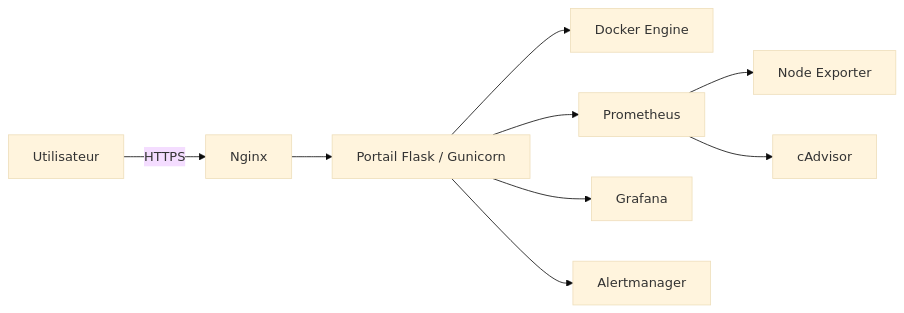
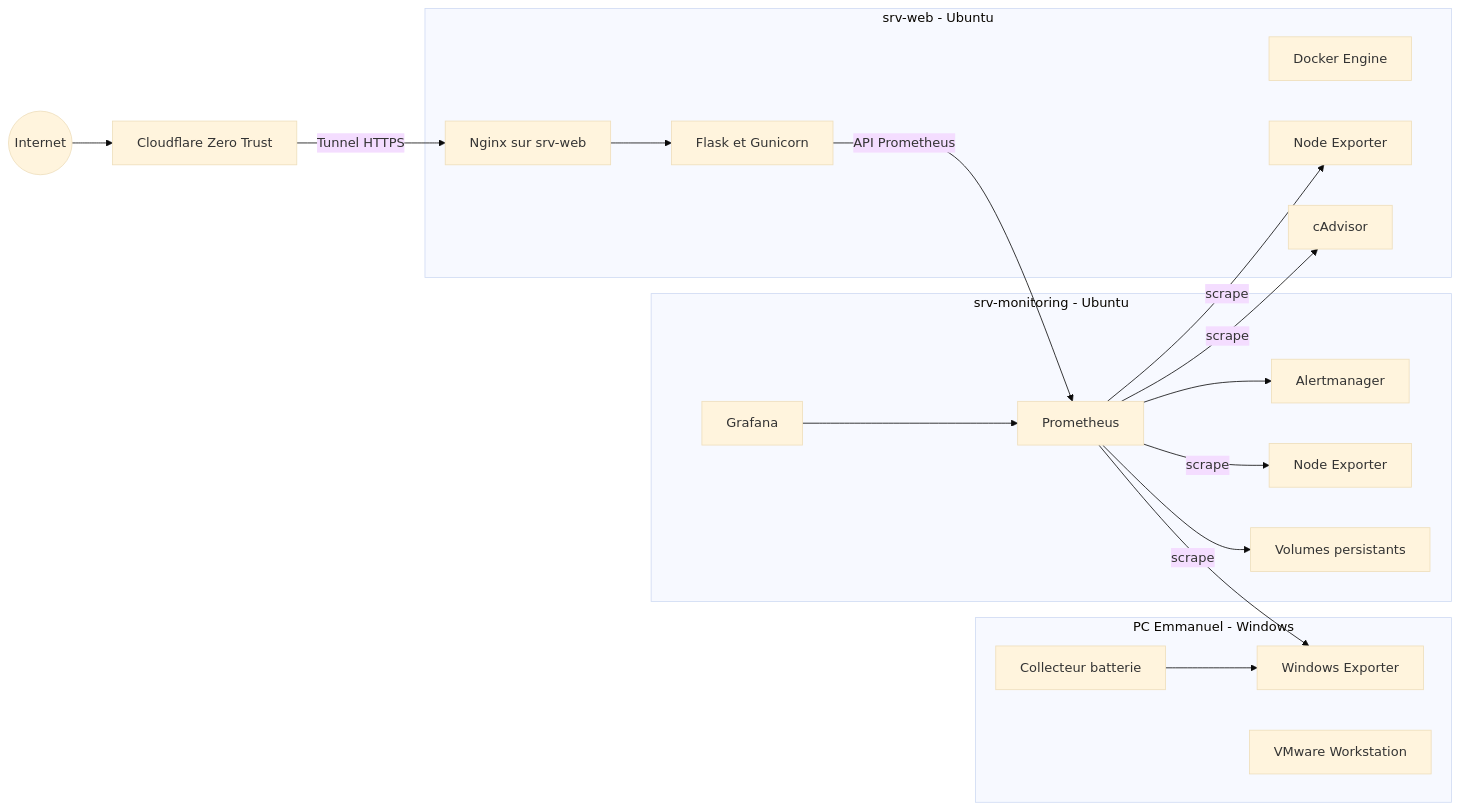
One commit to Emmanuel110499/secure-local-cloud-infrastructure-v2 changed the diagram in README.md. Above: the diagram before and after it, drawn with Mermaid (base theme). The commit also changed other lines of this file and 76 other files, not shown here.

````diff
--- a/README.md
+++ b/README.md
@@ -18,11 +18,38 @@
 ```mermaid
 flowchart LR
-    U[Utilisateur] -->|HTTPS| N[Nginx]
-    N --> F[Portail Flask / Gunicorn]
-    F --> D[Docker Engine]
-    F --> P[Prometheus]
-    F --> G[Grafana]
-    F --> A[Alertmanager]
-    P --> E[Node Exporter]
-    P --> C[cAdvisor]
+    Internet((Internet)) --> CF[Cloudflare Zero Trust]
+    CF -->|Tunnel HTTPS| N[Nginx sur srv-web]
+    N --> F[Flask et Gunicorn]
+
+    subgraph PC[PC Emmanuel - Windows]
+        WE[Windows Exporter]
+        BAT[Collecteur batterie]
+        VM[VMware Workstation]
+    end
+
+    subgraph WEB[srv-web - Ubuntu]
+        N
+        F
+        DE1[Docker Engine]
+        NE1[Node Exporter]
+        CA[cAdvisor]
+    end
+
+    subgraph MON[srv-monitoring - Ubuntu]
+        P[Prometheus]
+        G[Grafana]
+        A[Alertmanager]
+        NE2[Node Exporter]
+        V[Volumes persistants]
+    end
+
+    BAT --> WE
+    P -->|scrape| WE
+    P -->|scrape| NE1
+    P -->|scrape| CA
+    P -->|scrape| NE2
+    F -->|API Prometheus| P
+    G --> P
+    P --> A
+    P --> V
 ```
````
